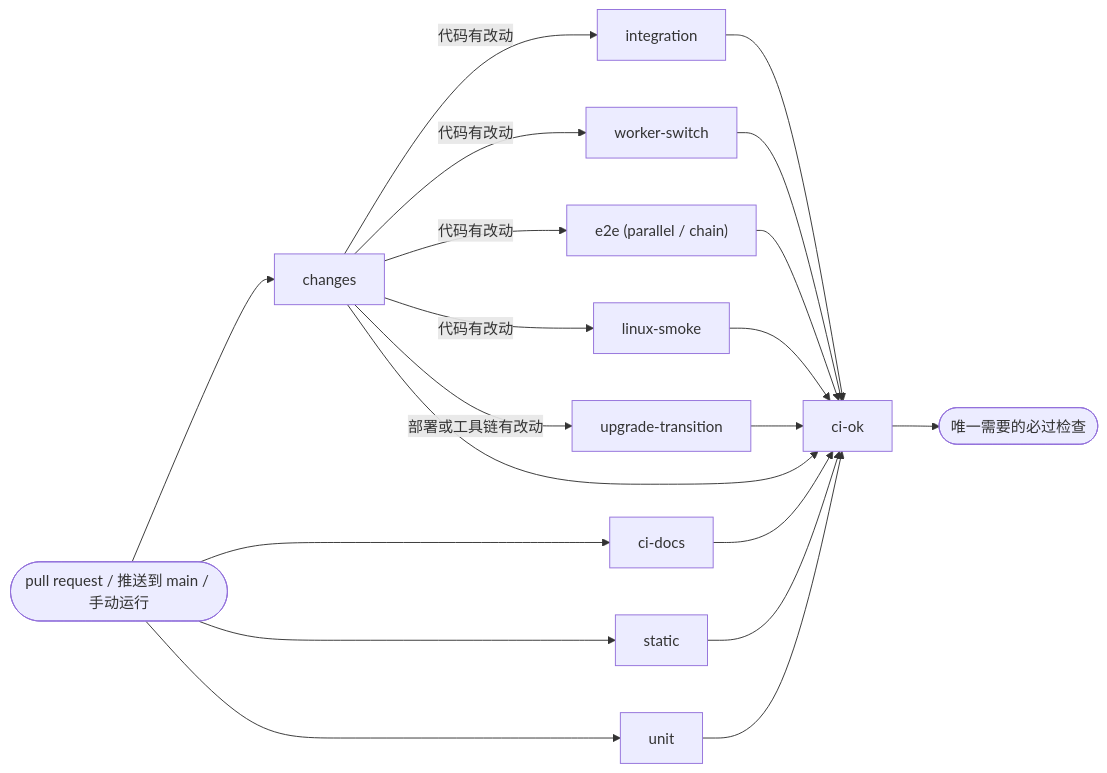
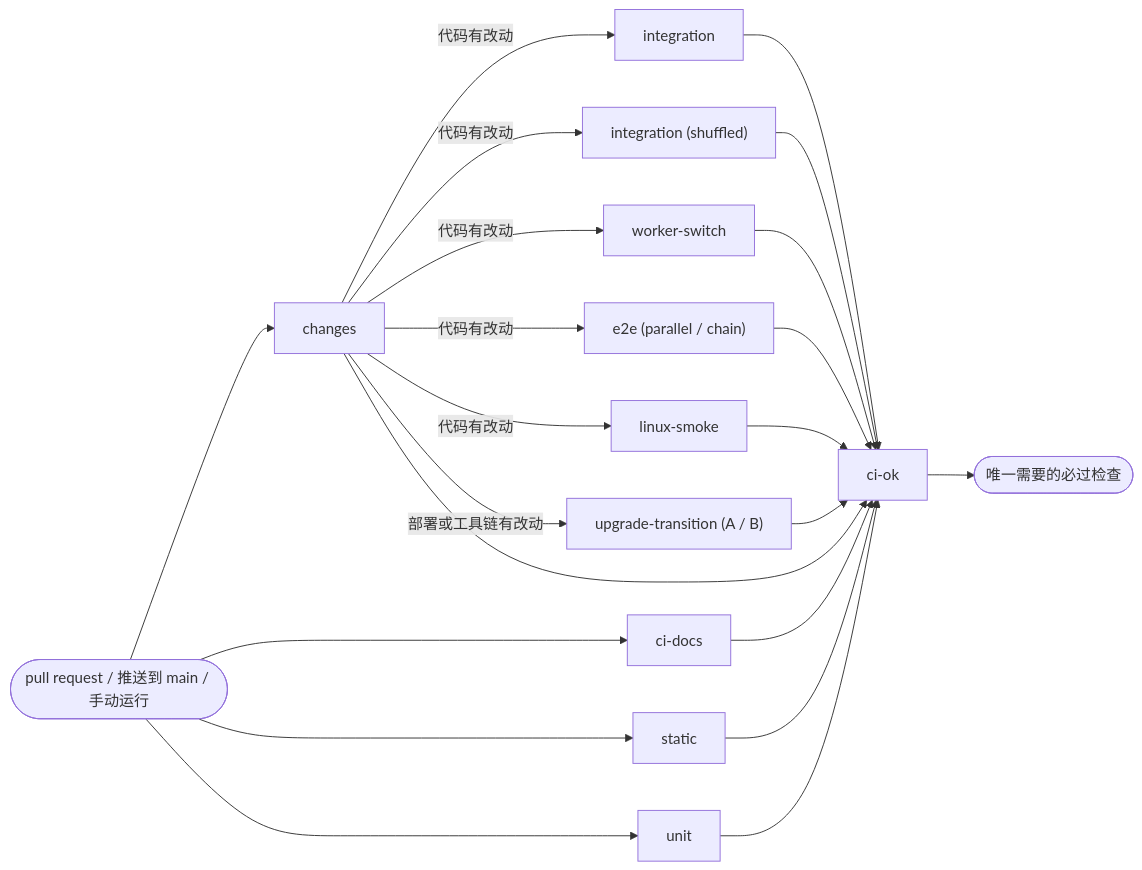
The diagram in docs/ci.zh.md (Joevonlong/job-radar), drawn with Mermaid before and after one commit. The commit also changed other lines of this file and 4 other files, not shown here.

Commit message:
ci: run transition scenarios and the shuffled integration pass on their own runners (#110)

````diff
--- a/docs/ci.zh.md
+++ b/docs/ci.zh.md
@@ -13,22 +13,24 @@
 ```mermaid
 flowchart LR
   PR([pull request / 推送到 main / 手动运行]) --> changes
   PR --> ci-docs
   PR --> static
   PR --> unit
   changes -- 代码有改动 --> integration
+  changes -- 代码有改动 --> integration-shuffled["integration (shuffled)"]
   changes -- 代码有改动 --> worker-switch
   changes -- 代码有改动 --> e2e["e2e (parallel / chain)"]
   changes -- 代码有改动 --> linux-smoke
-  changes -- 部署或工具链有改动 --> upgrade-transition
+  changes -- 部署或工具链有改动 --> upgrade-transition["upgrade-transition (A / B)"]
   changes --> ci-ok
   ci-docs --> ci-ok
   static --> ci-ok
   unit --> ci-ok
   integration --> ci-ok
+  integration-shuffled --> ci-ok
   worker-switch --> ci-ok
   e2e --> ci-ok
   linux-smoke --> ci-ok
   upgrade-transition --> ci-ok
   ci-ok --> merge([唯一需要的必过检查])
 ```
````
